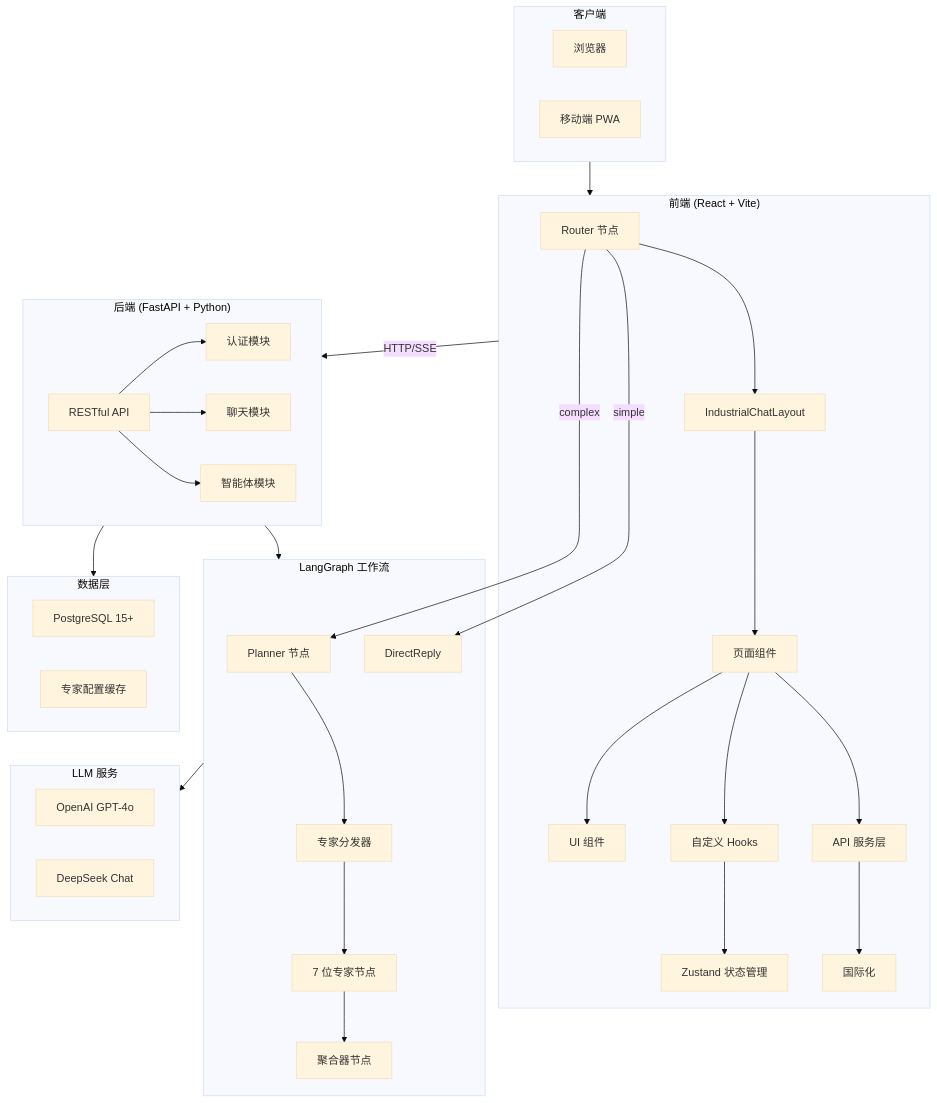
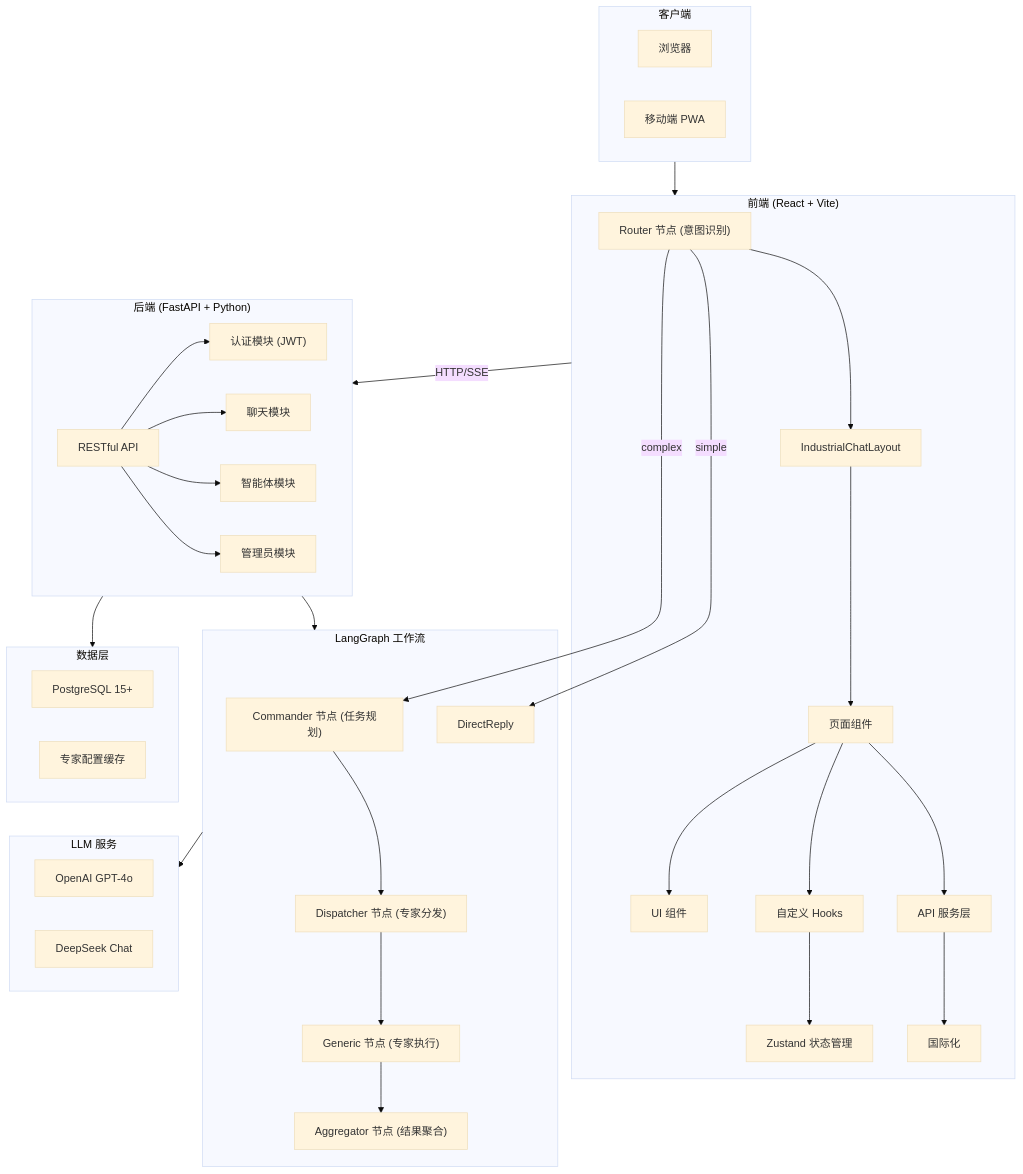
One commit to alex1987chn/xpouch-ai changed the diagram in README.md. Above: the diagram before and after it, drawn with Mermaid (base theme). The commit also changed other lines of this file, not shown here.

Commit message:
docs: 更新 README 权限说明和系统架构图\n\n- 权限角色：从'未来扩展'改为'已实现'，补充权限控制说明\n- 系统架构图：更新 LangGraph 节点结构（router, commander, dispatcher, generic, aggregator）\n- 项目结构：补充 admin 相关文件（ExpertAdminPage, AdminRoute, admin API）

````diff
--- a/README.md
+++ b/README.md
@@ -183,67 +189,69 @@
 ```mermaid
 graph TB
     subgraph Client["客户端"]
         Browser["浏览器"]
         Mobile["移动端 PWA"]
     end
 
     subgraph Frontend["前端 (React + Vite)"]
         Router["React Router 7"]
         Layouts["IndustrialChatLayout"]
         Pages["页面组件"]
         Components["UI 组件"]
         Store["Zustand 状态管理"]
         Hooks["自定义 Hooks"]
         Services["API 服务层"]
         I18n["国际化"]
 
         Router --> Layouts
         Layouts --> Pages
         Pages --> Components
         Pages --> Hooks
         Hooks --> Store
         Pages --> Services
         Services --> I18n
     end
 
     subgraph Backend["后端 (FastAPI + Python)"]
         API["RESTful API"]
-        Auth["认证模块"]
+        Auth["认证模块 (JWT)"]
         Chat["聊天模块"]
         Agents["智能体模块"]
+        Admin["管理员模块"]
 
         API --> Auth
         API --> Chat
         API --> Agents
+        API --> Admin
     end
 
     subgraph LangGraph["LangGraph 工作流"]
-        Router["Router 节点"]
-        Planner["Planner 节点"]
-        Dispatcher["专家分发器"]
-        Experts["7 位专家节点"]
-        Aggregator["聚合器节点"]
+        Router["Router 节点 (意图识别)"]
+        Commander["Commander 节点 (任务规划)"]
+        Dispatcher["Dispatcher 节点 (专家分发)"]
+        Generic["Generic 节点 (专家执行)"]
+        Aggregator["Aggregator 节点 (结果聚合)"]
 
         Router --> |simple| DirectReply
-        Router --> |complex| Planner
-        Planner --> Dispatcher
-        Dispatcher --> Experts
-        Experts --> Aggregator
+        Router --> |complex| Commander
+        Commander --> Dispatcher
+        Dispatcher --> Generic
+        Generic --> Aggregator
     end
 
     subgraph Database["数据层"]
         PostgreSQL["PostgreSQL 15+"]
         Cache["专家配置缓存"]
     end
 
     subgraph LLM["LLM 服务"]
         OpenAI["OpenAI GPT-4o"]
         DeepSeek["DeepSeek Chat"]
     end
 
     Client --> Frontend
     Frontend --> |HTTP/SSE| Backend
     Backend --> LangGraph
     Backend --> Database
     LangGraph --> LLM
 ```
````
